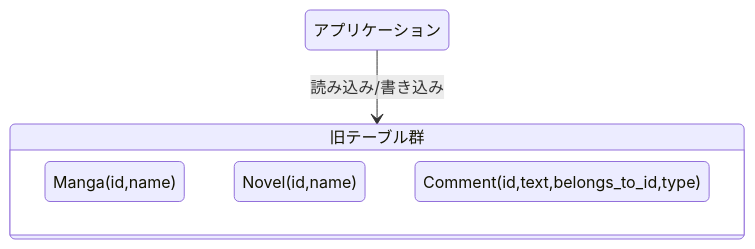
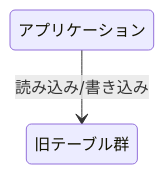
One commit to gn-t-k/zenn-content changed the third of 7 diagrams in articles/abceef00258275.md. Above: the diagram before and after it, drawn with Mermaid. The commit also changed other lines of this file, not shown here.

Commit message:
図が見にくかったので修正

````diff
--- a/articles/abceef00258275.md
+++ b/articles/abceef00258275.md
@@ -100,13 +101,7 @@
 ```mermaid
 stateDiagram-v2
     app: アプリケーション
-
     old: 旧テーブル群
-    state old {
-      Manga(id,name)
-      Novel(id,name)
-      Comment(id,text,belongs_to_id,type)
-    }
 
     app --> old: 読み込み/書き込み
 ```
````
